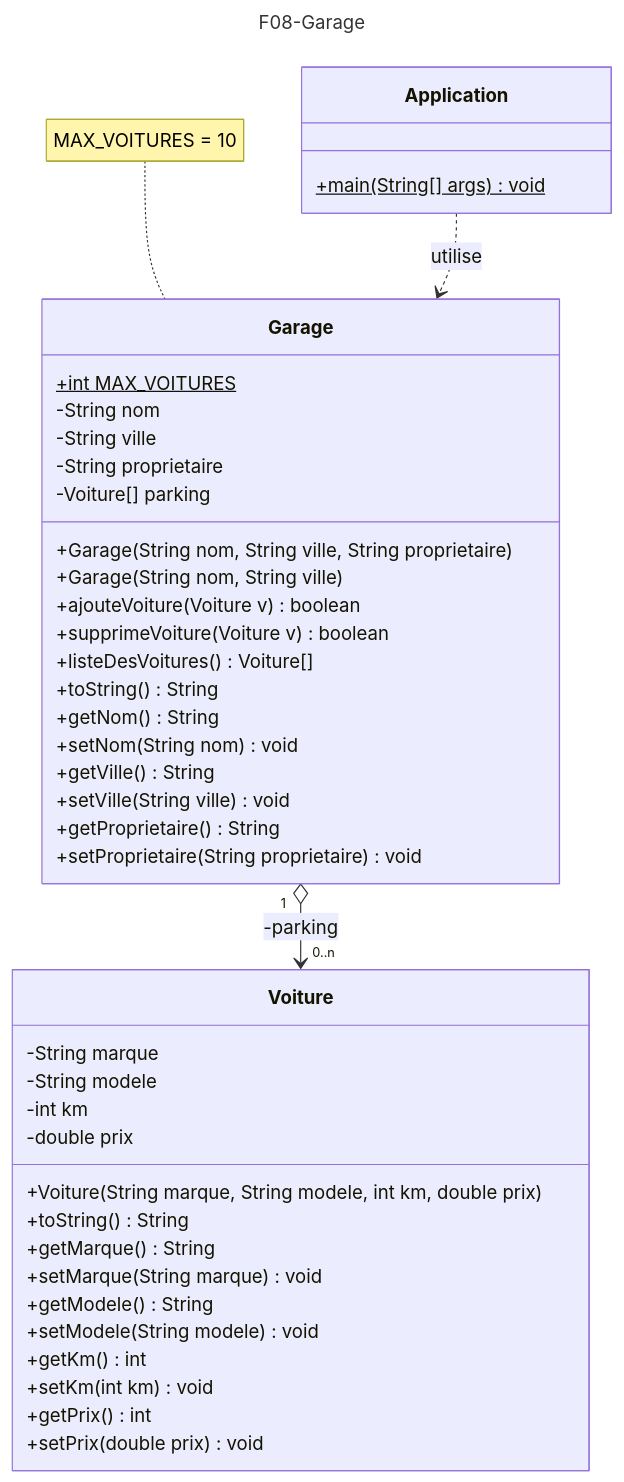
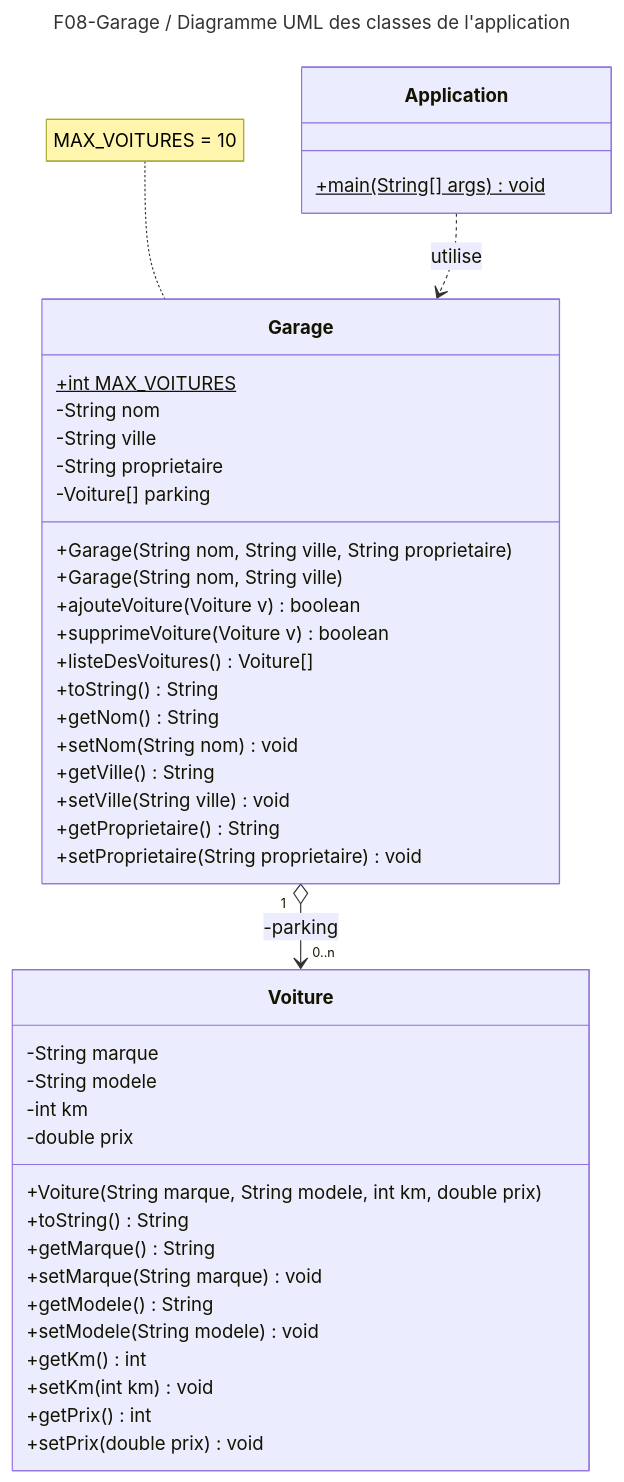
Before and after one commit to emf-info-d400/F08-Garage: the third of 3 diagrams in UML-F08-Garage.md, drawn with Mermaid. The commit also changed other lines of this file, not shown here.

````diff
--- a/UML-F08-Garage.md
+++ b/UML-F08-Garage.md
@@ -3,47 +67,47 @@
 ```mermaid
 ---
-title: F08-Garage
+title: F08-Garage / Diagramme UML des classes de l'application
 ---
 classDiagram
 class Application {
     +main(String[] args)$ void
 }
 class Voiture {
     -String marque
     -String modele
     -int km
     -double prix
     +Voiture(String marque, String modele, int km, double prix)
     +toString() String
     +getMarque() String
     +setMarque(String marque) void
     +getModele() String
     +setModele(String modele) void
     +getKm() int
     +setKm(int km) void
     +getPrix() int
     +setPrix(double prix) void
 }
 class Garage {
     +int MAX_VOITURES$
     -String nom
     -String ville
     -String proprietaire
     -Voiture[] parking
     +Garage(String nom, String ville, String proprietaire)
     +Garage(String nom, String ville)
     +ajouteVoiture(Voiture v) boolean
     +supprimeVoiture(Voiture v) boolean
     +listeDesVoitures() Voiture[]
     +toString() String
     +getNom() String
     +setNom(String nom) void
     +getVille() String
     +setVille(String ville) void
     +getProprietaire() String
     +setProprietaire(String proprietaire) void
 }
 note for Garage "MAX_VOITURES = 10"
 Garage "1" o--> "0..n" Voiture : -parking
 Application ..> Garage : utilise
 ```
````
